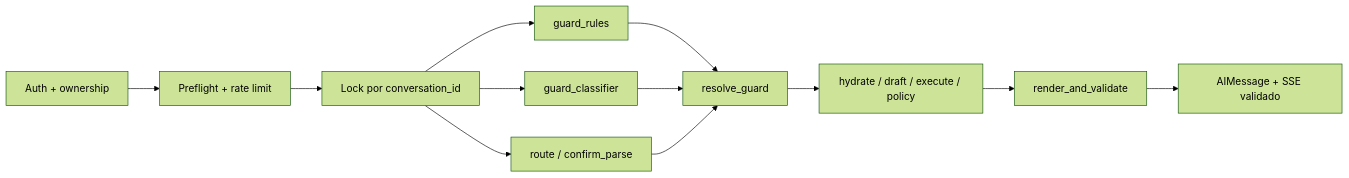
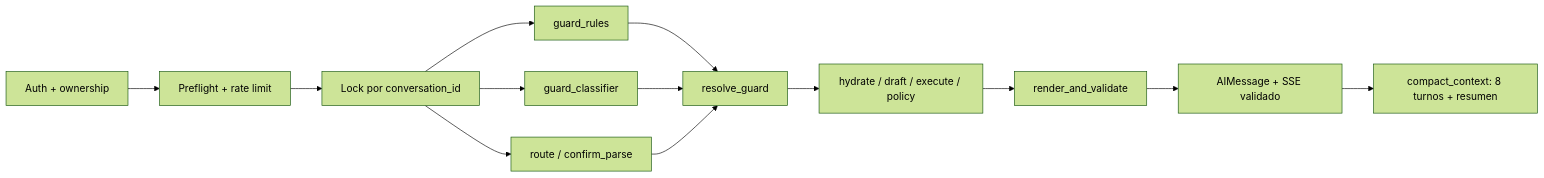
Before and after one commit to kelm2020/financial-agent: the diagram in README.md, drawn with Mermaid (forest theme). The commit also changed other lines of this file and 27 other files, not shown here.

````diff
--- a/README.md
+++ b/README.md
@@ -34,14 +34,15 @@
 ```mermaid
 flowchart LR
   A["Auth + ownership"] --> B["Preflight + rate limit"]
   B --> C["Lock por conversation_id"]
   C --> D["guard_rules"]
   C --> E["guard_classifier"]
   C --> F["route / confirm_parse"]
   D --> G["resolve_guard"]
   E --> G
   F --> G
   G --> H["hydrate / draft / execute / policy"]
   H --> I["render_and_validate"]
   I --> J["AIMessage + SSE validado"]
+  J --> K["compact_context: 8 turnos + resumen"]
 ```
````
